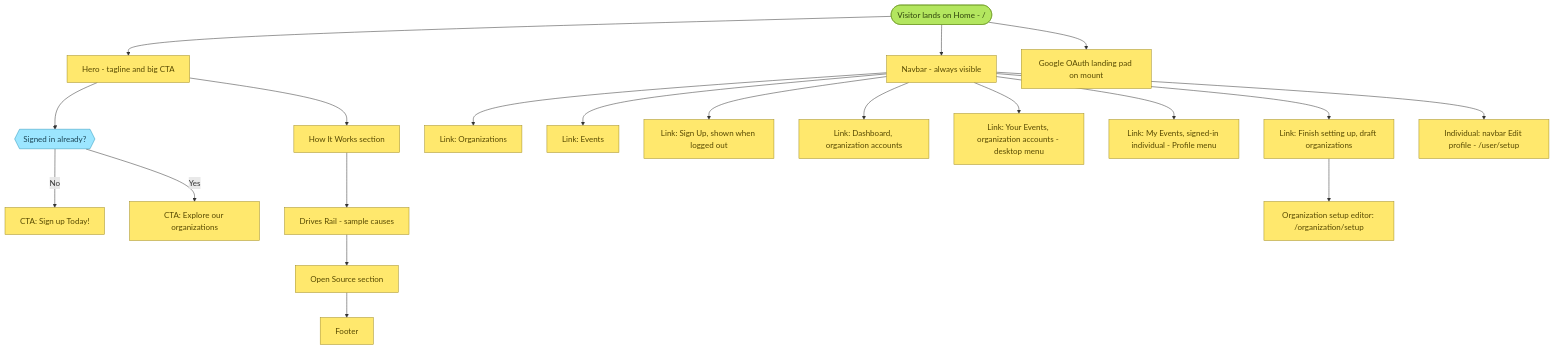
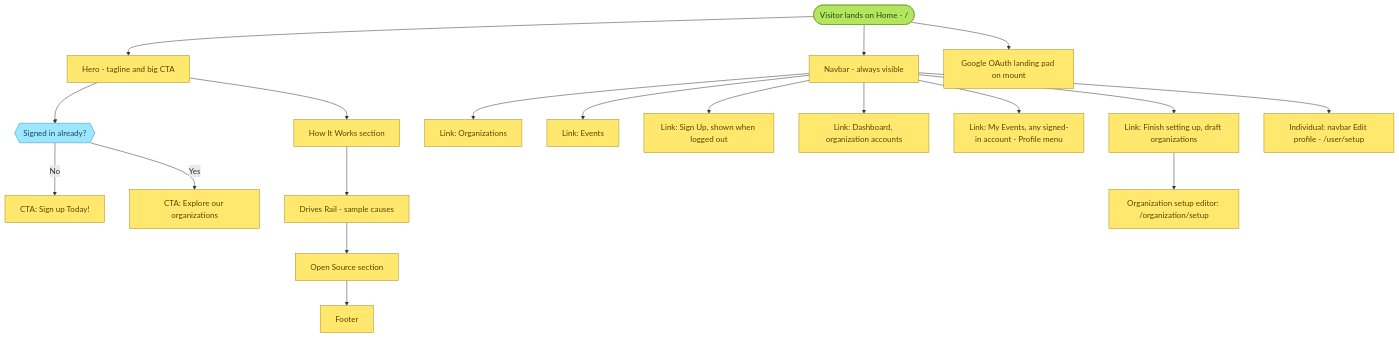
One commit to karmacircleCommunity/KarmaCircle changed the second of 7 diagrams in docs/specs/user-flows.md. Above: the diagram before and after it, drawn with Mermaid. The commit also changed other lines of this file and 146 other files, not shown here.

````diff
--- a/docs/specs/user-flows.md
+++ b/docs/specs/user-flows.md
@@ -101,47 +101,45 @@
 ```mermaid
 flowchart TD
     classDef general fill:#FFE86D,stroke:#A28E26,color:#574900
     classDef decision fill:#9CE6FF,stroke:#2C97BB,color:#1C4657
     classDef terminator fill:#B3E65F,stroke:#6E9A24,color:#2F440B
 
     h_start(["Visitor lands on Home - /"]):::terminator
     h_hero["Hero - tagline and big CTA"]:::general
     h_cta{{"Signed in already?"}}:::decision
     h_cta_signup["CTA: Sign up Today!"]:::general
     h_cta_explore["CTA: Explore our organizations"]:::general
     h_how["How It Works section"]:::general
     h_drives["Drives Rail - sample causes"]:::general
     h_oss["Open Source section"]:::general
     h_footer["Footer"]:::general
     h_navbar["Navbar - always visible"]:::general
     h_nav_orgs["Link: Organizations"]:::general
     h_nav_events["Link: Events"]:::general
     h_nav_signup["Link: Sign Up, shown when logged out"]:::general
     h_nav_dash["Link: Dashboard, organization accounts"]:::general
-    h_nav_yourevents["Link: Your Events, organization accounts - desktop menu"]:::general
-    h_nav_myevents["Link: My Events, signed-in individual - Profile menu"]:::general
+    h_nav_myevents["Link: My Events, any signed-in account - Profile menu"]:::general
     h_nav_finish["Link: Finish setting up, draft organizations"]:::general
     h_oauth["Google OAuth landing pad on mount"]:::general
     u_personal["Individual: navbar Edit profile - /user/setup"]:::general
     u_org_record["Organization setup editor: /organization/setup"]:::general
 
     h_start --> h_hero
     h_hero --> h_cta
     h_cta -->|"No"| h_cta_signup
     h_cta -->|"Yes"| h_cta_explore
     h_hero --> h_how
     h_how --> h_drives
     h_drives --> h_oss
     h_oss --> h_footer
     h_start --> h_navbar
     h_navbar --> h_nav_orgs
     h_navbar --> h_nav_events
     h_navbar --> h_nav_signup
     h_navbar --> h_nav_dash
-    h_navbar --> h_nav_yourevents
     h_navbar --> h_nav_myevents
     h_navbar --> h_nav_finish
     h_start --> h_oauth
     h_navbar --> u_personal
     h_nav_finish --> u_org_record
 ```
````
